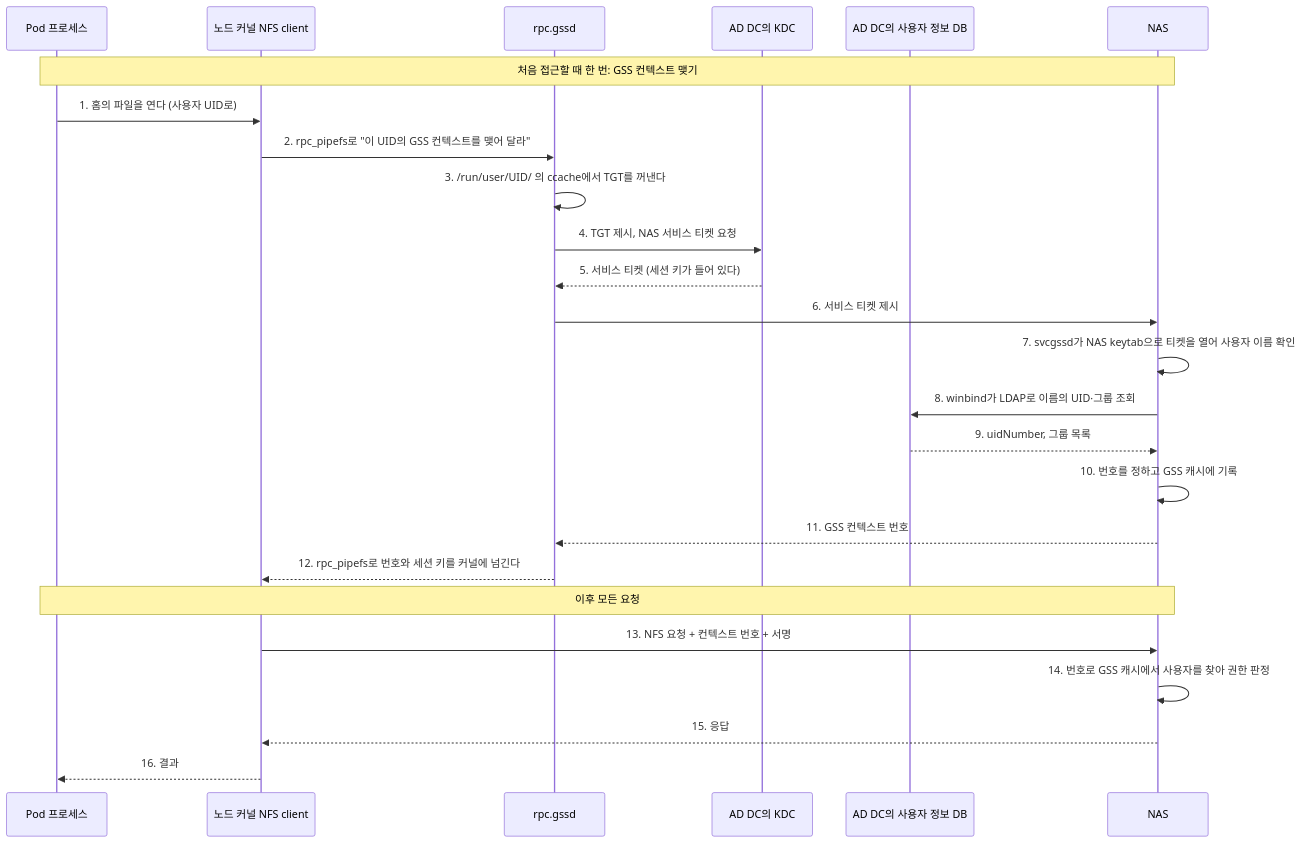
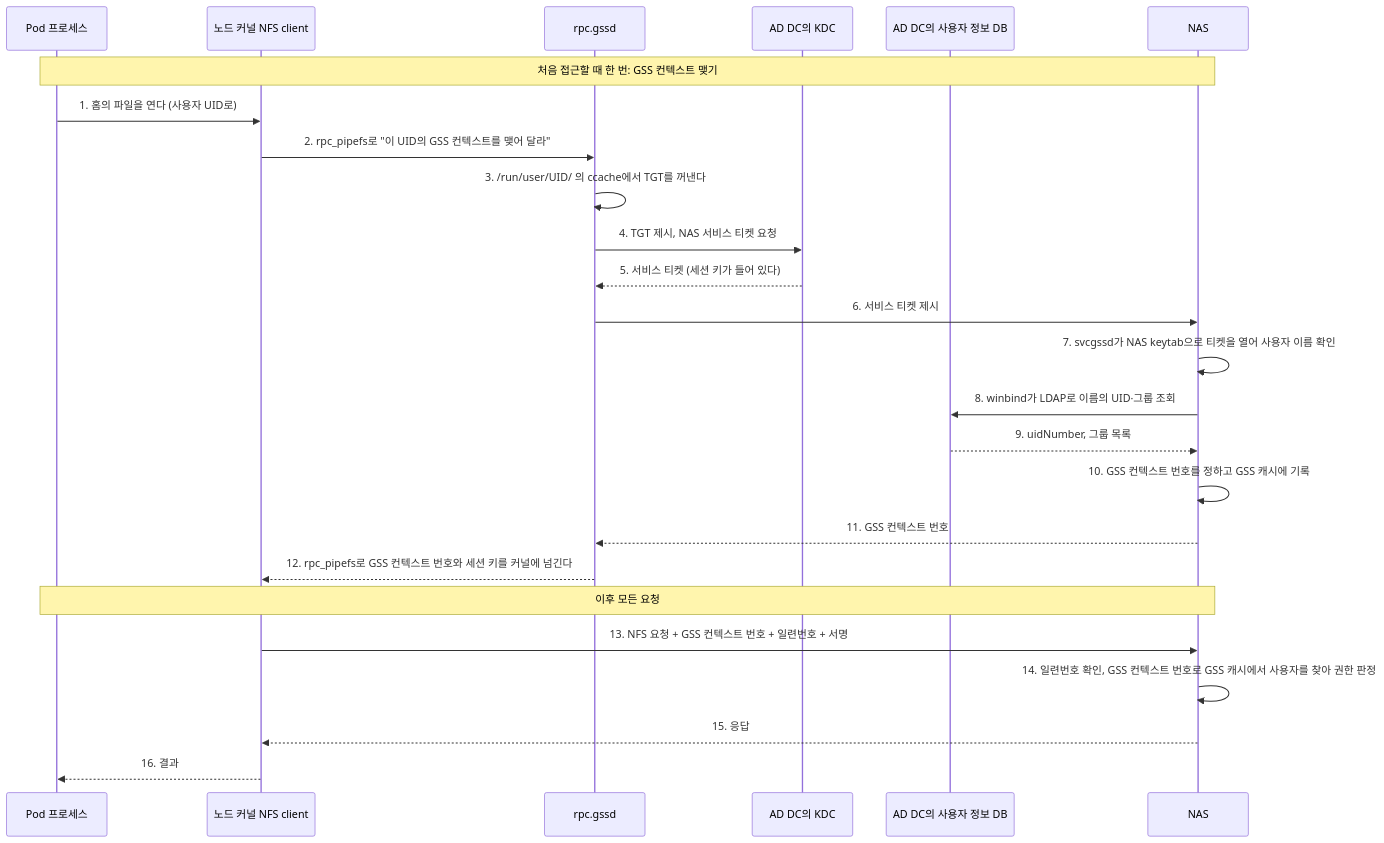
The tenth of 10 diagrams in md/infra/design/Kerberos-AD-Samba.md (CSID-DGU/admin_wiki), drawn with Mermaid before and after one commit. The commit also changed other lines of this file and 7 other files, not shown here.

Commit message:
docs: NFS-RPC-GSS 설명 매뉴얼 추가 작성

````diff
--- a/md/infra/design/Kerberos-AD-Samba.md
+++ b/md/infra/design/Kerberos-AD-Samba.md
@@ -482,29 +448,29 @@
 ```mermaid
 sequenceDiagram
     participant P as Pod 프로세스
     participant K as 노드 커널 NFS client
     participant G as rpc.gssd
     participant KDC as AD DC의 KDC
     participant DB as AD DC의 사용자 정보 DB
     participant NAS as NAS
 
     Note over P,NAS: 처음 접근할 때 한 번: GSS 컨텍스트 맺기
     P->>K: 1. 홈의 파일을 연다 (사용자 UID로)
     K->>G: 2. rpc_pipefs로 "이 UID의 GSS 컨텍스트를 맺어 달라"
     G->>G: 3. /run/user/UID/ 의 ccache에서 TGT를 꺼낸다
     G->>KDC: 4. TGT 제시, NAS 서비스 티켓 요청
     KDC-->>G: 5. 서비스 티켓 (세션 키가 들어 있다)
     G->>NAS: 6. 서비스 티켓 제시
     NAS->>NAS: 7. svcgssd가 NAS keytab으로 티켓을 열어 사용자 이름 확인
     NAS->>DB: 8. winbind가 LDAP로 이름의 UID·그룹 조회
     DB-->>NAS: 9. uidNumber, 그룹 목록
-    NAS->>NAS: 10. 번호를 정하고 GSS 캐시에 기록
+    NAS->>NAS: 10. GSS 컨텍스트 번호를 정하고 GSS 캐시에 기록
     NAS-->>G: 11. GSS 컨텍스트 번호
-    G-->>K: 12. rpc_pipefs로 번호와 세션 키를 커널에 넘긴다
+    G-->>K: 12. rpc_pipefs로 GSS 컨텍스트 번호와 세션 키를 커널에 넘긴다
 
     Note over P,NAS: 이후 모든 요청
-    K->>NAS: 13. NFS 요청 + 컨텍스트 번호 + 서명
-    NAS->>NAS: 14. 번호로 GSS 캐시에서 사용자를 찾아 권한 판정
+    K->>NAS: 13. NFS 요청 + GSS 컨텍스트 번호 + 일련번호 + 서명
+    NAS->>NAS: 14. 일련번호 확인, GSS 컨텍스트 번호로 GSS 캐시에서 사용자를 찾아 권한 판정
     NAS-->>K: 15. 응답
     K-->>P: 16. 결과
 ```
````
